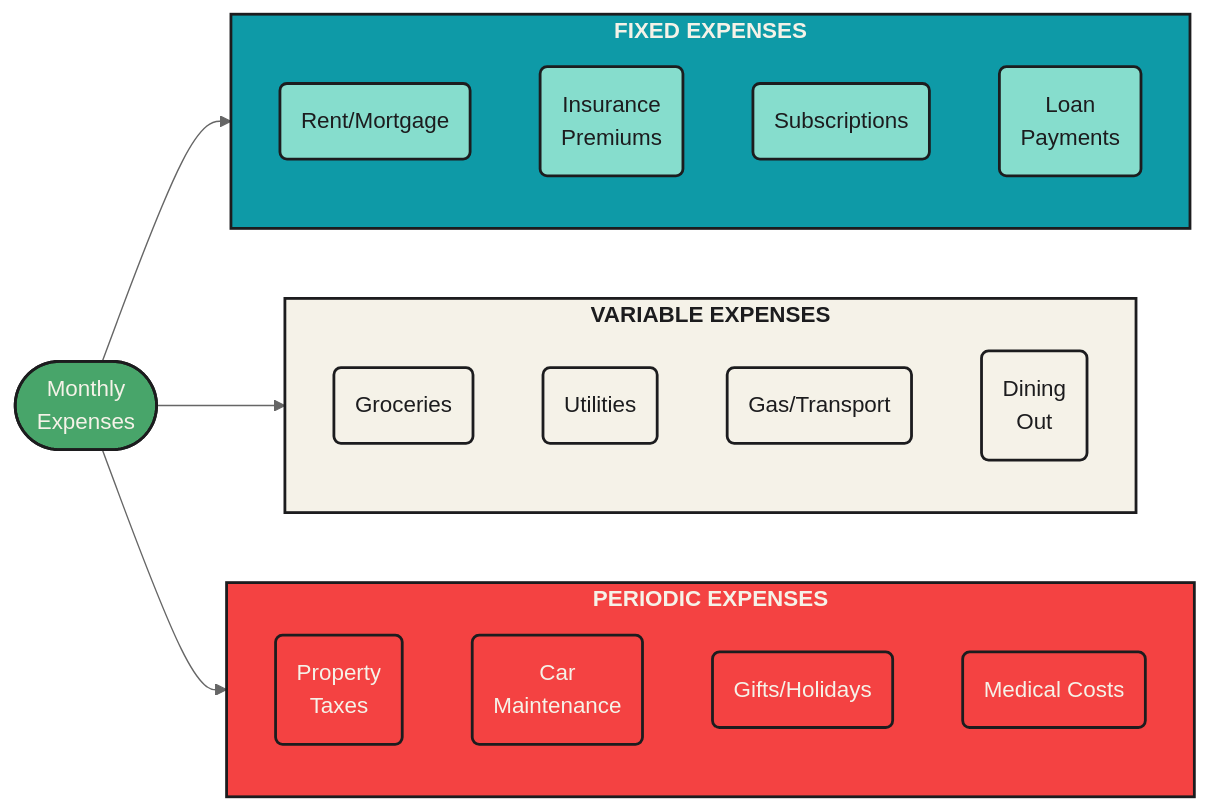
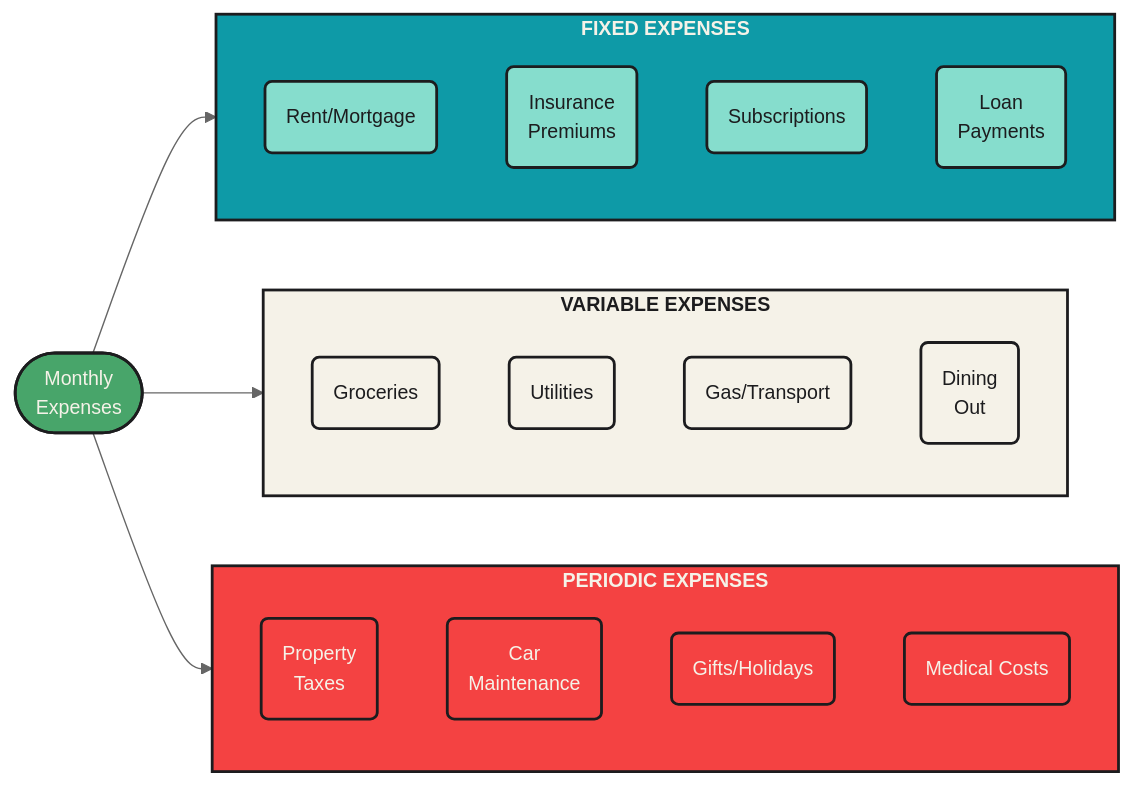
The first of 4 diagrams in budgeting.qmd (mjfrigaard/fm-finance), drawn with Mermaid before and after one commit. The commit also changed other lines of this file and 4 other files, not shown here.

````diff
--- a/budgeting.qmd
+++ b/budgeting.qmd
@@ -65,56 +65,56 @@
 ```{mermaid}
 %%| fig-cap: 'Fixed vs. Variable Expenses'
 %%| fig-align: center
-%%{init: {'theme': 'neutral', 'themeVariables': { 'fontFamily': 'monospace', "fontSize":"16px"}}}%%
+%%{init: {'theme': 'neutral', 'themeVariables': { 'fontFamily': 'monospace', "fontSize":"14px", 'ganttNumberSectionStyles': 4}}}%%
 
 flowchart LR
 
     Expenses(["Monthly<br>Expenses"])
     
     subgraph Fixed["<strong>FIXED EXPENSES</strong>"]
         Rent("Rent/Mortgage")
         Insurance("Insurance<br>Premiums")
         Subs("Subscriptions")
         Loans("Loan<br>Payments")
     end
     
     subgraph Variable["<strong>VARIABLE EXPENSES</strong>"]
         Groceries("Groceries")
         Utilities("Utilities")
         Gas("Gas/Transport")
         Dining("Dining<br>Out")
     end
 
     subgraph Periodic["<strong>PERIODIC EXPENSES</strong>"]
         Taxes("Property<br>Taxes")
         CarMaint("Car<br>Maintenance")
         Gifts("Gifts/Holidays")
         Medical("Medical Costs")
     end
     
     Expenses --> Fixed  
     Expenses --> Variable 
     Expenses --> Periodic
     
     style Expenses fill:#48a56a,color:#F5F2E8,stroke:#1C1C1E,stroke-width:2px
     
     style Fixed fill:#0e9aa7,color:#F5F2E8,stroke:#1C1C1E,stroke-width:2px
     style Rent fill:#86ddcd,color:#1C1C1E,stroke:#1C1C1E,stroke-width:2px
     style Insurance fill:#86ddcd,color:#1C1C1E,stroke:#1C1C1E,stroke-width:2px
     style Subs fill:#86ddcd,color:#1C1C1E,stroke:#1C1C1E,stroke-width:2px
     style Loans fill:#86ddcd,color:#1C1C1E,stroke:#1C1C1E,stroke-width:2px
                         
     style Variable fill:#F5F2E8,color:#1C1C1E,stroke:#1C1C1E,stroke-width:2px
     style Groceries fill:#F5F2E8,color:#1C1C1E,stroke:#1C1C1E,stroke-width:2px
     style Utilities fill:#F5F2E8,color:#1C1C1E,stroke:#1C1C1E,stroke-width:2px
     style Gas fill:#F5F2E8,color:#1C1C1E,stroke:#1C1C1E,stroke-width:2px
     style Dining fill:#F5F2E8,color:#1C1C1E,stroke:#1C1C1E,stroke-width:2px
     
     style Periodic fill:#f44242,color:#F5F2E8,stroke:#1C1C1E,stroke-width:2px
     style Taxes fill:#f44242,color:#F5F2E8,stroke:#1C1C1E,stroke-width:2px
     style CarMaint fill:#f44242,color:#F5F2E8,stroke:#1C1C1E,stroke-width:2px
     style Gifts fill:#f44242,color:#F5F2E8,stroke:#1C1C1E,stroke-width:2px
     style Medical fill:#f44242,color:#F5F2E8,stroke:#1C1C1E,stroke-width:2px
     
     
 ```
````
